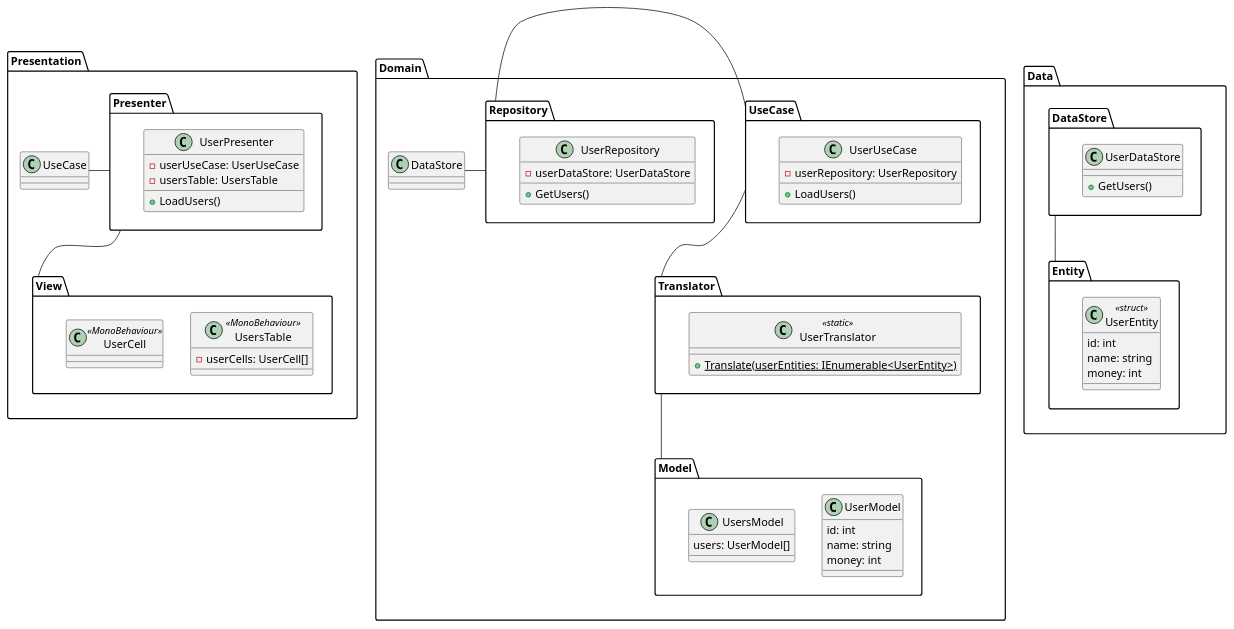
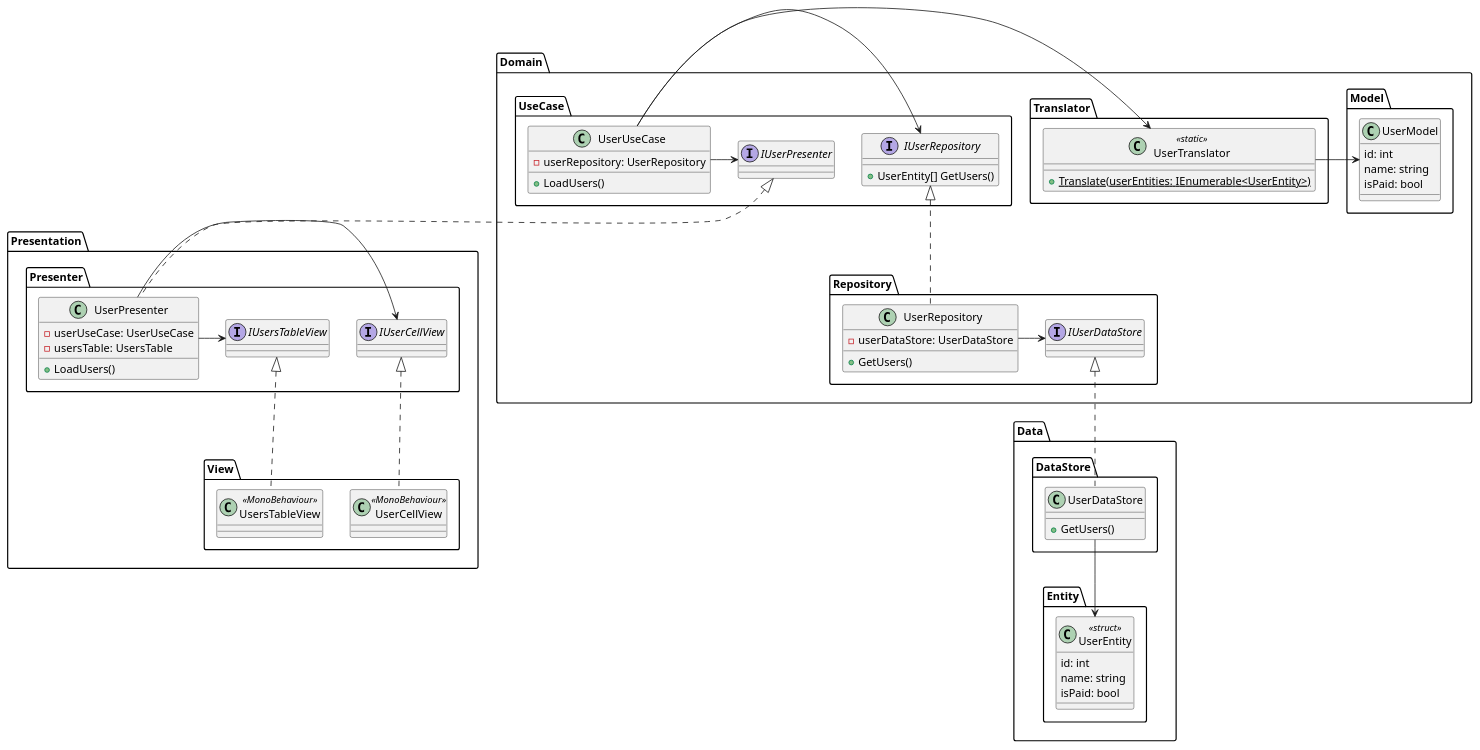
Before and after one commit to ajingu/Quest: the diagram in Architecture/architecture.puml, drawn with PlantUML. The commit also changed 30 other files, not shown here.

Commit message:
Add architecture scripts

```diff
--- a/Architecture/architecture.puml
+++ b/Architecture/architecture.puml
@@ -4,104 +4,134 @@
 @startuml
 package Presentation
 {
     package View
-    {
-        class UsersTable << MonoBehaviour >>
+    {   
+        class UserCellView << MonoBehaviour >>
         {
-            - userCells: UserCell[]
+            
         }
         
-        class UserCell << MonoBehaviour >>
-        {
+        class UsersTableView << MonoBehaviour >>
+        { 
             
         }
     }
     
     package Presenter
     {
+        interface IUserCellView
+        {
+        
+        }
+    
+        interface IUsersTableView
+        {
+        
+        }
+    
         class UserPresenter
         {
             - userUseCase: UserUseCase
             - usersTable: UsersTable
             
             + LoadUsers()
         }
+        
+        UserPresenter -> IUserCellView
+        UserPresenter -> IUsersTableView
+        IUserCellView <|.. UserCellView
+        IUsersTableView <|.. UsersTableView
     }
-    
-    Presenter -down- View
-    Presenter -right- UseCase
 }
 
 package Domain
 {
     package Model
     {
         class UserModel
         {
             id: int
             name: string
-            money: int
-        }
-        
-        class UsersModel
-        {
-            users: UserModel[]
+            isPaid: bool
         }
     }
     
     package Translator
     {
         class UserTranslator <<static>>
         {
             + {static} Translate(userEntities: IEnumerable<UserEntity>)
         }
+        
+        UserTranslator -> UserModel
     }
     
     package UseCase
     {
+        interface IUserPresenter
+        {
+            
+        }
+        
+        interface IUserRepository
+        {
+            + UserEntity[] GetUsers()
+        }
+    
         class UserUseCase
         {
             - userRepository: UserRepository
             + LoadUsers()
         }
+        
+        UserUseCase -> IUserPresenter
+        UserUseCase -> IUserRepository
+        UserUseCase -> UserTranslator
+        IUserPresenter <|.. UserPresenter
+        
+        
     }
     
     package Repository
     {
+        interface IUserDataStore
+        {
+        }
+    
         class UserRepository
         {
             - userDataStore: UserDataStore
             + GetUsers()
         }
+        
+        IUserRepository <|.. UserRepository
+        UserRepository -> IUserDataStore
     }
-    
-    UseCase -down- Translator
-    Translator -down- Model
-    UseCase -right- Repository
-    Repository -right- DataStore
 }
 
 package Data
 {
     package DataStore
     {
         class UserDataStore
         {
             + GetUsers()
         }
+        
+        IUserDataStore <|.. UserDataStore
     }
     
     package Entity
     {
         class UserEntity << struct >>
         {
             id: int
             name: string
-            money: int
+            isPaid: bool
         }
     }
     
-    DataStore -down- Entity
+    UserDataStore -down-> UserEntity
 }
 
 @enduml
```
